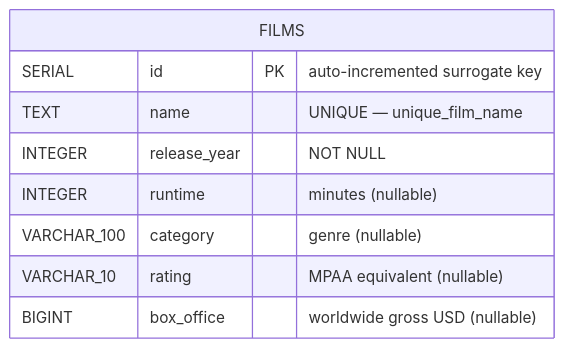
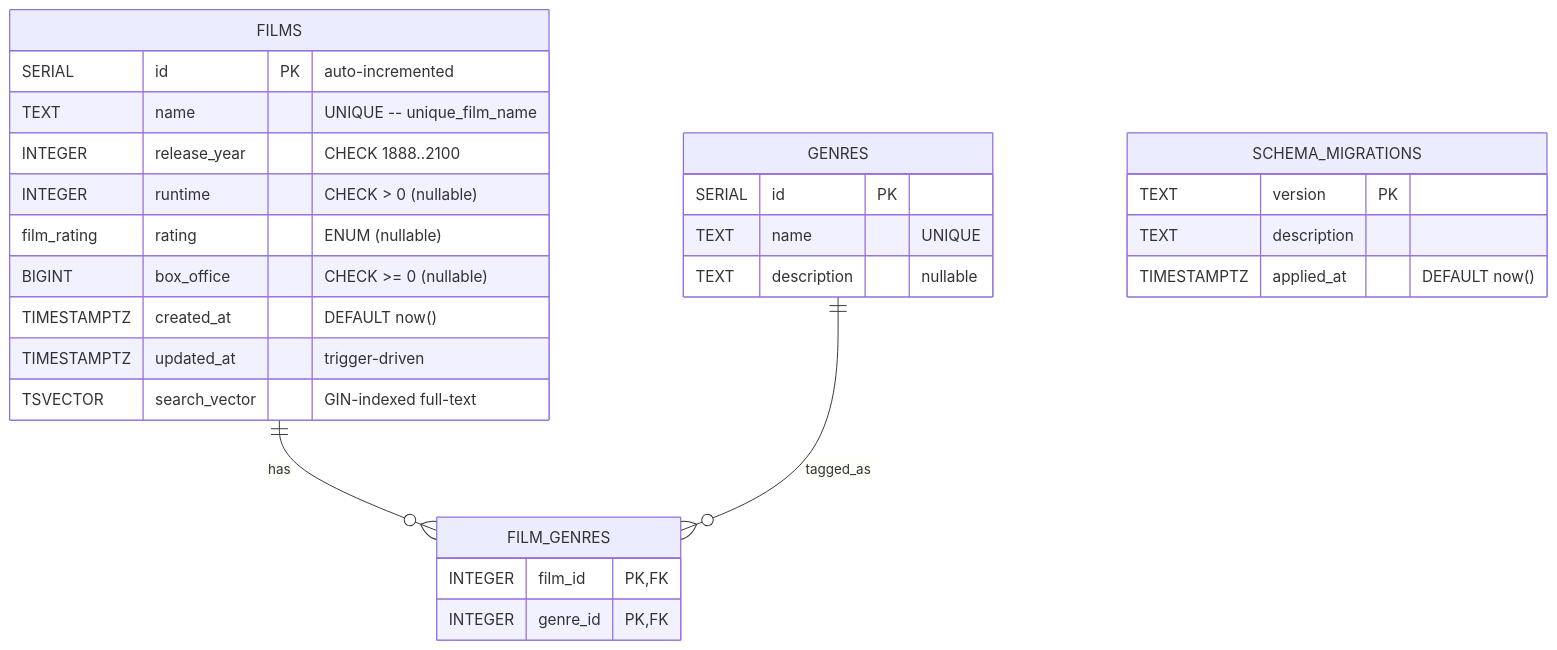
One commit to Mahnoor-Zaffar/Movies_Database-PostgresSQL changed the diagram in README.md. Above: the diagram before and after it, drawn with Mermaid. The commit also changed other lines of this file and 33 other files, not shown here.

````diff
--- a/README.md
+++ b/README.md
@@ -90,12 +140,34 @@
 ```mermaid
 erDiagram
+    FILMS ||--o{ FILM_GENRES : has
+    GENRES ||--o{ FILM_GENRES : tagged_as
+
     FILMS {
-        SERIAL       id              PK "auto-incremented surrogate key"
-        TEXT         name                "UNIQUE — unique_film_name"
-        INTEGER      release_year        "NOT NULL"
-        INTEGER      runtime             "minutes (nullable)"
-        VARCHAR_100  category            "genre (nullable)"
-        VARCHAR_10   rating              "MPAA equivalent (nullable)"
-        BIGINT       box_office          "worldwide gross USD (nullable)"
+        SERIAL       id              PK "auto-incremented"
+        TEXT         name                "UNIQUE -- unique_film_name"
+        INTEGER      release_year        "CHECK 1888..2100"
+        INTEGER      runtime             "CHECK > 0 (nullable)"
+        film_rating  rating              "ENUM (nullable)"
+        BIGINT       box_office          "CHECK >= 0 (nullable)"
+        TIMESTAMPTZ  created_at          "DEFAULT now()"
+        TIMESTAMPTZ  updated_at          "trigger-driven"
+        TSVECTOR     search_vector       "GIN-indexed full-text"
+    }
+
+    GENRES {
+        SERIAL  id           PK
+        TEXT    name             "UNIQUE"
+        TEXT    description      "nullable"
+    }
+
+    FILM_GENRES {
+        INTEGER  film_id   PK,FK
+        INTEGER  genre_id  PK,FK
+    }
+
+    SCHEMA_MIGRATIONS {
+        TEXT         version      PK
+        TEXT         description
+        TIMESTAMPTZ  applied_at       "DEFAULT now()"
     }
 ```
````
